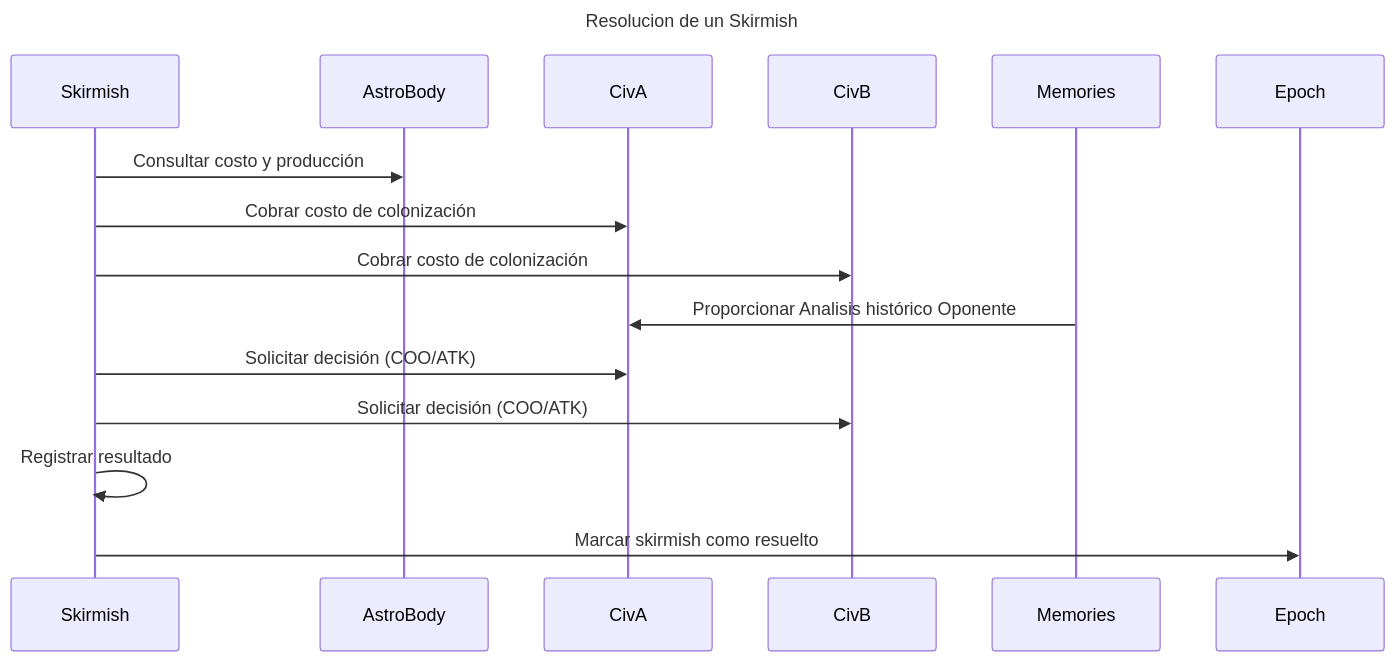
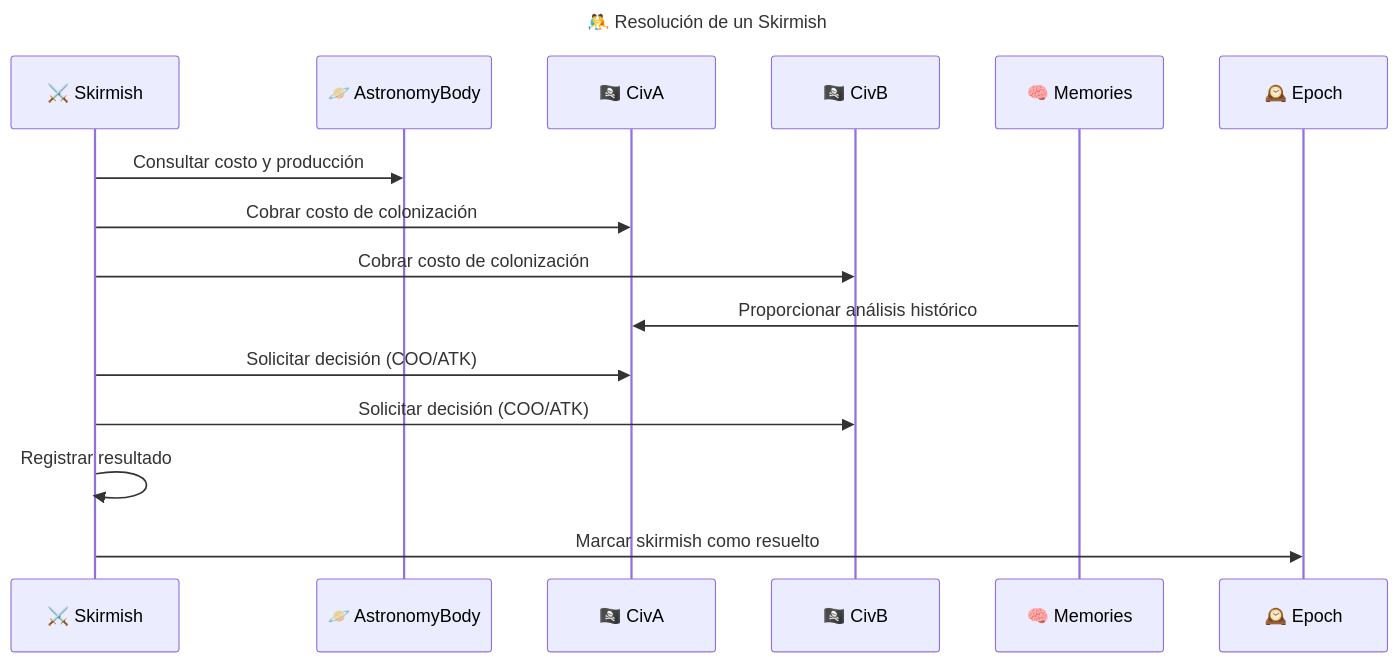
Before and after one commit to clujanp/interstellar-war-dilemma: the third of 5 diagrams in domain_model.md, drawn with Mermaid. The commit also changed other lines of this file, not shown here.

Commit message:
doc: add emojis to diagrams

````diff
--- a/domain_model.md
+++ b/domain_model.md
@@ -222,12 +230,19 @@
-```mermaid 
+```mermaid
 sequenceDiagram
-Title: Resolucion de un Skirmish
+  participant Skirmish as ⚔️ Skirmish
+  participant AstroBody as 🪐 AstronomyBody
+  participant CivA as 🏴‍☠️ CivA
+  participant CivB as 🏴‍☠️ CivB
+  participant Memories as 🧠 Memories
+  participant Epoch as 🕰️ Epoch
+
+  Title: 🤼 Resolución de un Skirmish
   Skirmish->>AstroBody: Consultar costo y producción
   Skirmish->>CivA: Cobrar costo de colonización
   Skirmish->>CivB: Cobrar costo de colonización
-  Memories->>CivA: Proporcionar Analisis histórico Oponente
+  Memories->>CivA: Proporcionar análisis histórico
   Skirmish->>CivA: Solicitar decisión (COO/ATK)
   Skirmish->>CivB: Solicitar decisión (COO/ATK)
   Skirmish->>Skirmish: Registrar resultado
   Skirmish->>Epoch: Marcar skirmish como resuelto
-```
+``` 
````
